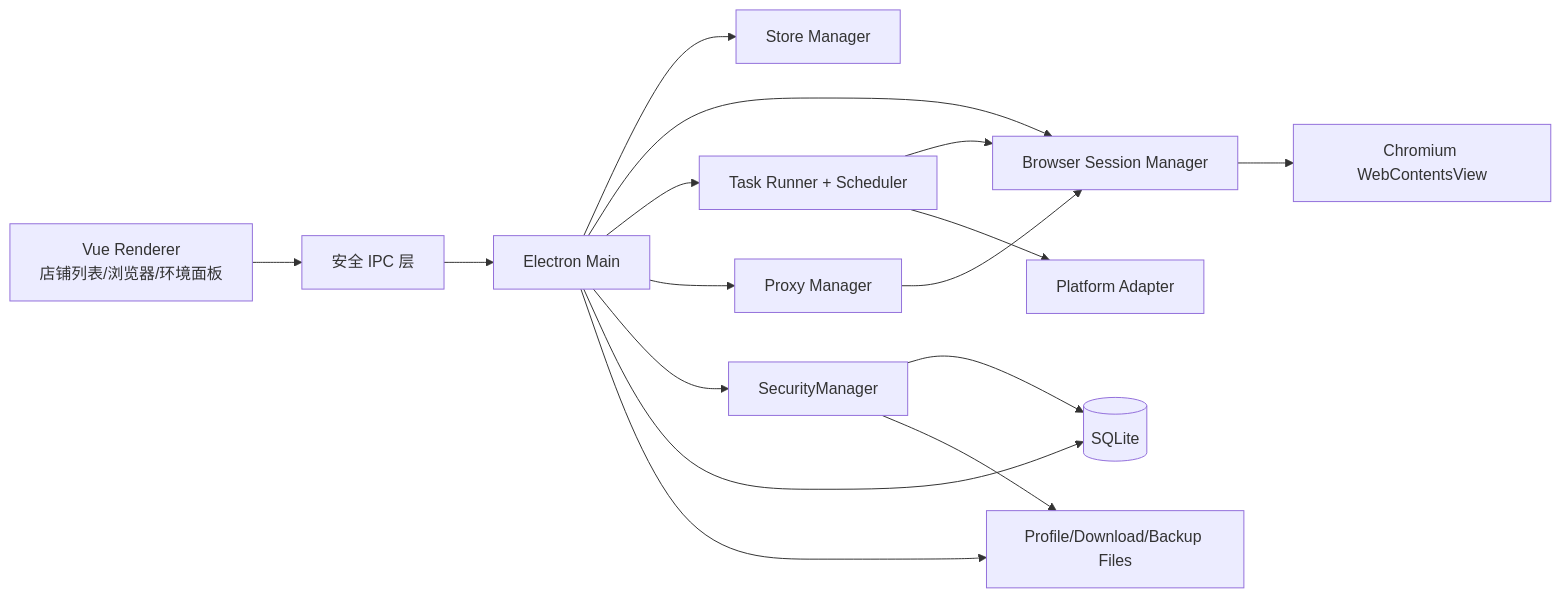
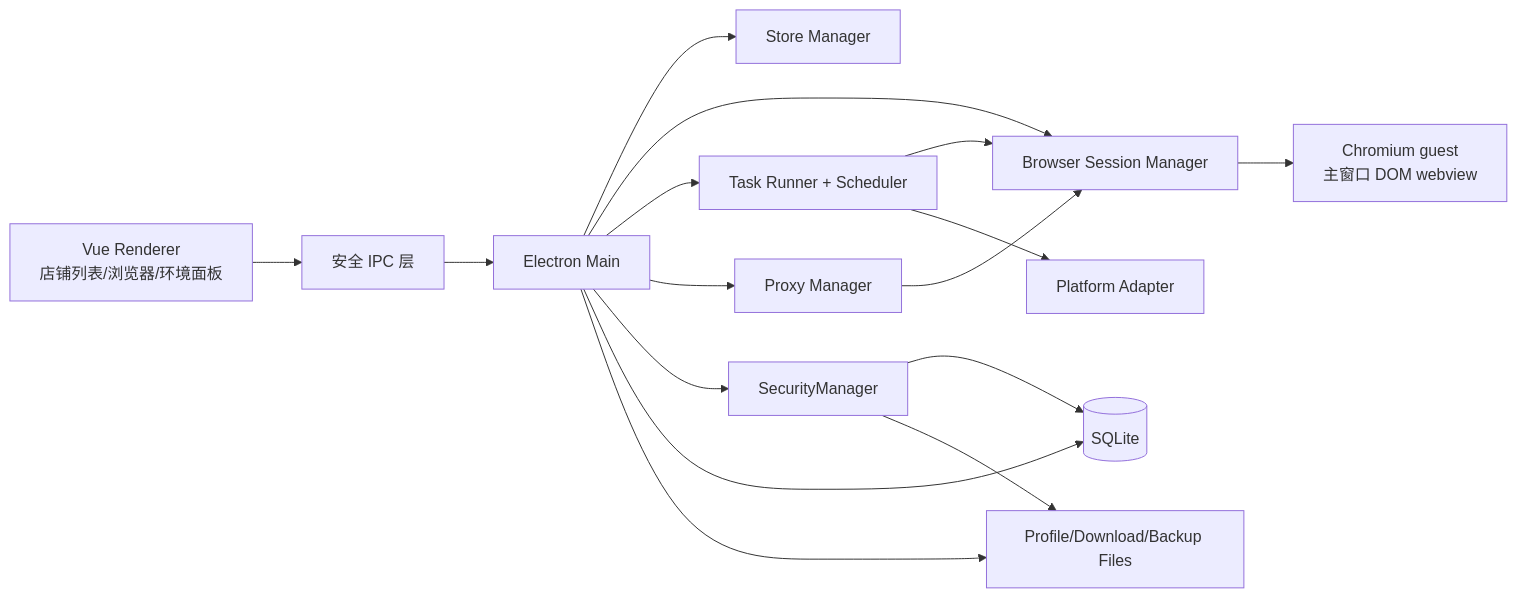
One commit to Amike-cc/ShopPilot changed the diagram in docs/DEVELOPMENT_SPEC.md. Above: the diagram before and after it, drawn with Mermaid. The commit also changed other lines of this file and 209 other files, not shown here.

```diff
--- a/docs/DEVELOPMENT_SPEC.md
+++ b/docs/DEVELOPMENT_SPEC.md
@@ -41,18 +41,18 @@
 ~~~mermaid
 flowchart LR
     UI[Vue Renderer<br/>店铺列表/浏览器/环境面板] --> IPC[安全 IPC 层]
     IPC --> MAIN[Electron Main]
     MAIN --> STORE[Store Manager]
     MAIN --> BROWSER[Browser Session Manager]
     MAIN --> TASK[Task Runner + Scheduler]
     MAIN --> NET[Proxy Manager]
     MAIN --> SEC[SecurityManager]
     MAIN --> DB[(SQLite)]
     MAIN --> FS[Profile/Download/Backup Files]
-    BROWSER --> CHROMIUM[Chromium WebContentsView]
+    BROWSER --> CHROMIUM[Chromium guest<br/>主窗口 DOM webview]
     TASK --> BROWSER
     TASK --> ADAPTER[Platform Adapter]
     NET --> BROWSER
     SEC --> DB
     SEC --> FS
 ~~~
```
